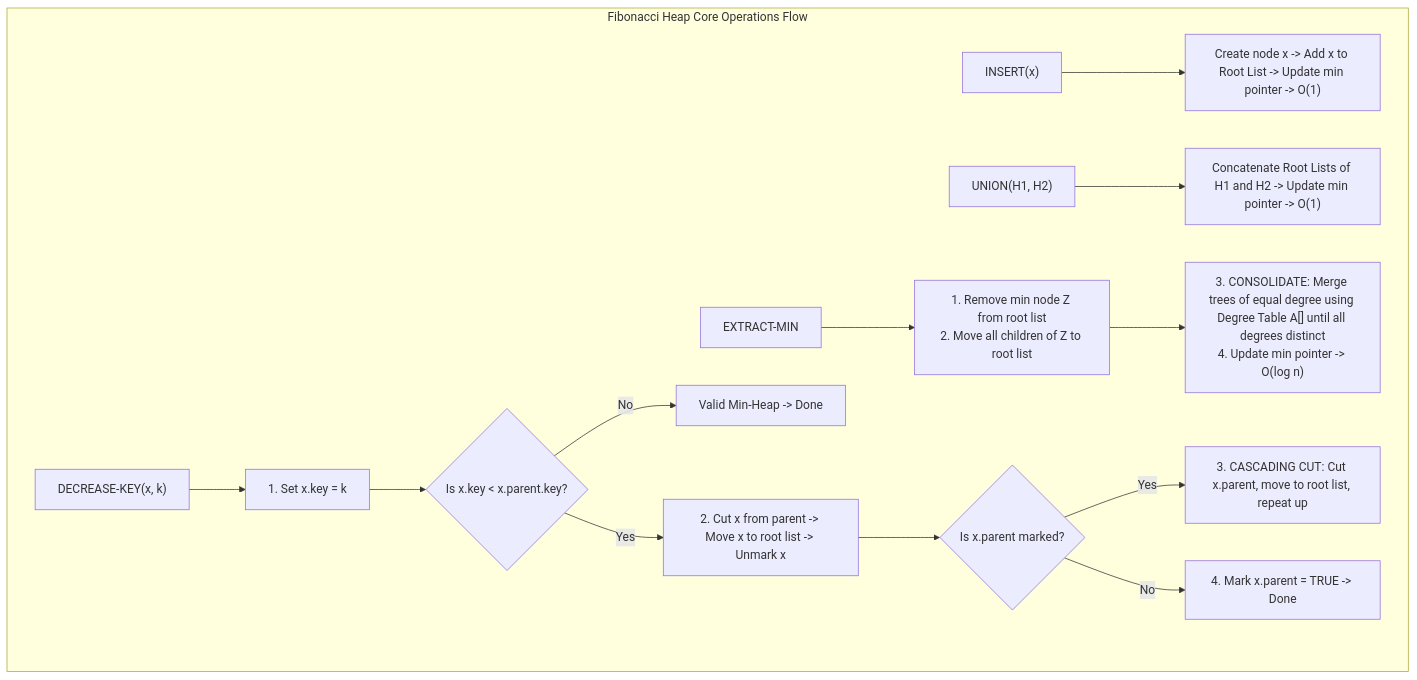
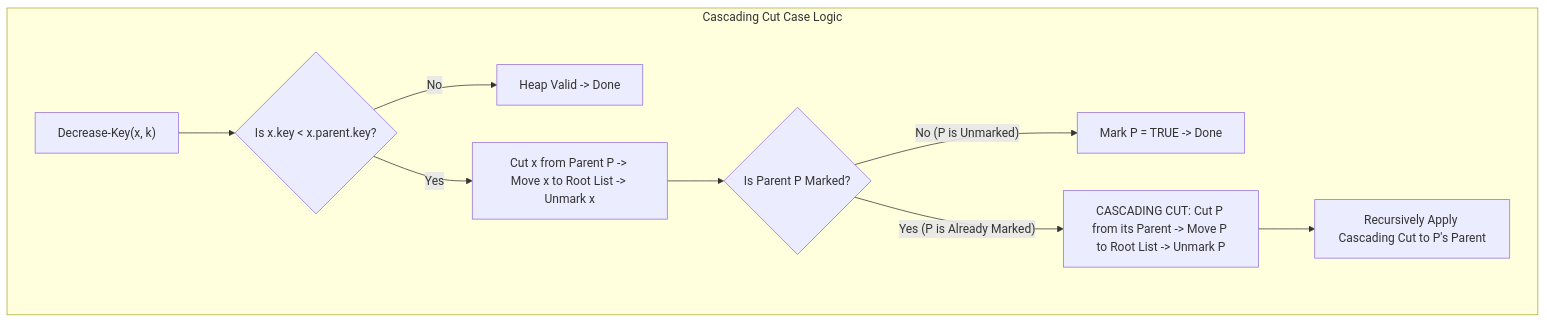
Before and after one commit to DeepLumiere/DeepSkills: diagram 15 of 16 in notes/design_and_analysis_of_algorithms/DAA_Unit4_RedBlackTrees_AdvancedDS.md, drawn with Mermaid. The commit also changed other lines of this file, not shown here.

First line of the commit message:
fix: overhaul Unit 4 with colorful Mermaid diagrams for RBT, Binomial, and Fibonacci Heaps

````diff
--- a/notes/design_and_analysis_of_algorithms/DAA_Unit4_RedBlackTrees_AdvancedDS.md
+++ b/notes/design_and_analysis_of_algorithms/DAA_Unit4_RedBlackTrees_AdvancedDS.md
@@ -209,21 +523,12 @@
 ```mermaid
 flowchart TD
-    subgraph "Fibonacci Heap Core Operations Flow"
-        Ins["INSERT(x)"] --> InsStep["Create node x -> Add x to Root List -> Update min pointer -> O(1)"]
-
-        Uni["UNION(H1, H2)"] --> UniStep["Concatenate Root Lists of H1 and H2 -> Update min pointer -> O(1)"]
-
-        EM["EXTRACT-MIN"] --> EM1["1. Remove min node Z from root list
-2. Move all children of Z to root list"]
-        EM1 --> EM2["3. CONSOLIDATE: Merge trees of equal degree using Degree Table A[] until all degrees distinct
-4. Update min pointer -> O(log n)"]
-
-        DK["DECREASE-KEY(x, k)"] --> DK1["1. Set x.key = k"]
-        DK1 --> DK2{"Is x.key < x.parent.key?"}
-        DK2 -- No --> DKDone["Valid Min-Heap -> Done"]
-        DK2 -- Yes --> DK3["2. Cut x from parent -> Move x to root list -> Unmark x"]
-        DK3 --> DK4{"Is x.parent marked?"}
-        DK4 -- Yes --> DK5["3. CASCADING CUT: Cut x.parent, move to root list, repeat up"]
-        DK4 -- No --> DK6["4. Mark x.parent = TRUE -> Done"]
+    subgraph "Cascading Cut Case Logic"
+        DK["Decrease-Key(x, k)"] --> CheckViol{"Is x.key < x.parent.key?"}
+        CheckViol -- No --> Valid["Heap Valid -> Done"]
+        CheckViol -- Yes --> CutX["Cut x from Parent P -> Move x to Root List -> Unmark x"]
+        CutX --> CheckP{"Is Parent P Marked?"}
+        CheckP -- "No (P is Unmarked)" --> MarkP["Mark P = TRUE -> Done"]
+        CheckP -- "Yes (P is Already Marked)" --> CutP["CASCADING CUT: Cut P from its Parent -> Move P to Root List -> Unmark P"]
+        CutP --> RecP["Recursively Apply Cascading Cut to P's Parent"]
     end
 ```
````
